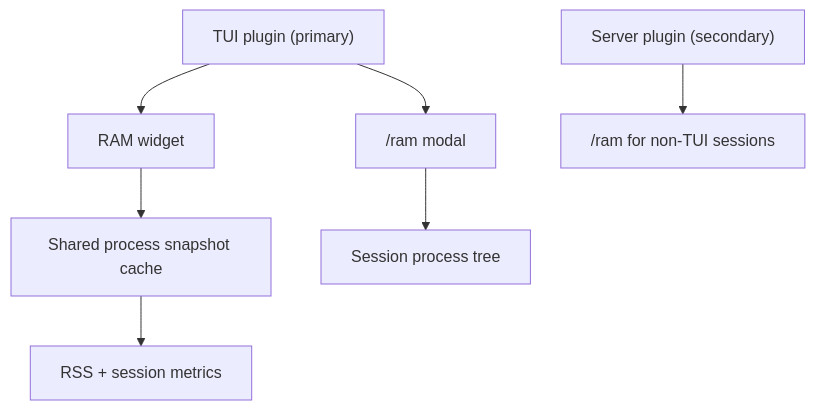
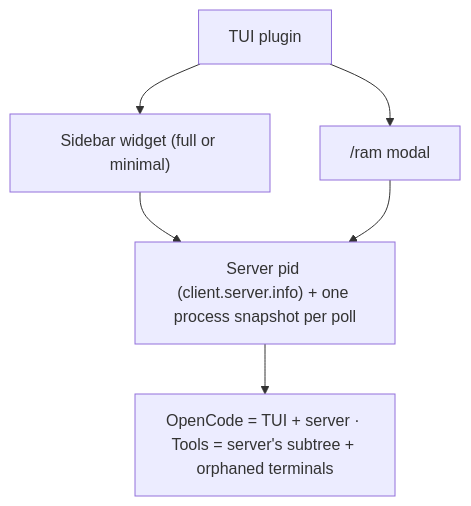
One commit to capyBearista/opencode-plugins changed the diagram in packages/opencode-ram-monitor/README.md. Above: the diagram before and after it, drawn with Mermaid. The commit also changed other lines of this file and 1 other file, not shown here.

First line of the commit message:
docs(ram-monitor): document v2 attribution, options, and tui-only install

````diff
--- a/packages/opencode-ram-monitor/README.md
+++ b/packages/opencode-ram-monitor/README.md
@@ -25,9 +30,8 @@
 ```mermaid
 flowchart TB
-  TUI["TUI plugin (primary)"] --> Widget["RAM widget"]
+  TUI["TUI plugin"] --> Widget["Sidebar widget (full or minimal)"]
   TUI --> Modal["/ram modal"]
-  Widget --> Snapshot["Shared process snapshot cache"]
-  Snapshot --> Metrics["RSS + session metrics"]
-  Modal --> Tree["Session process tree"]
-  Server["Server plugin (secondary)"] --> Headless["/ram for non-TUI sessions"]
+  Widget --> Inspect["Server pid (client.server.info) + one process snapshot per poll"]
+  Modal --> Inspect
+  Inspect --> Roles["OpenCode = TUI + server · Tools = server's subtree + orphaned terminals"]
 ```
````
